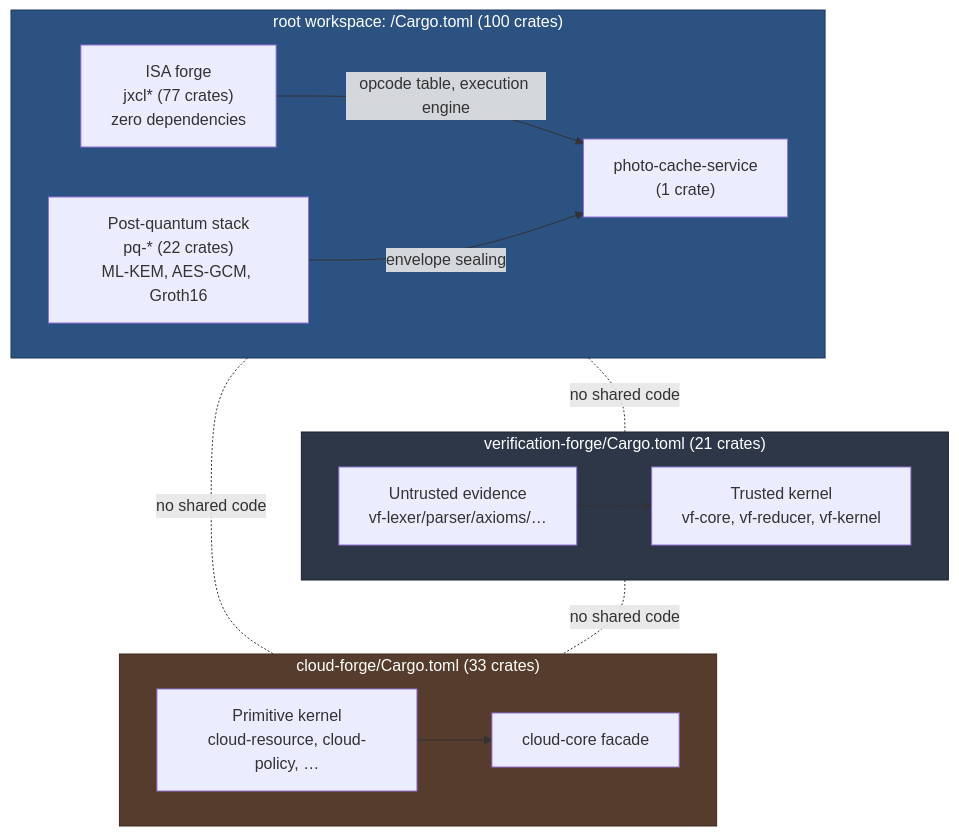
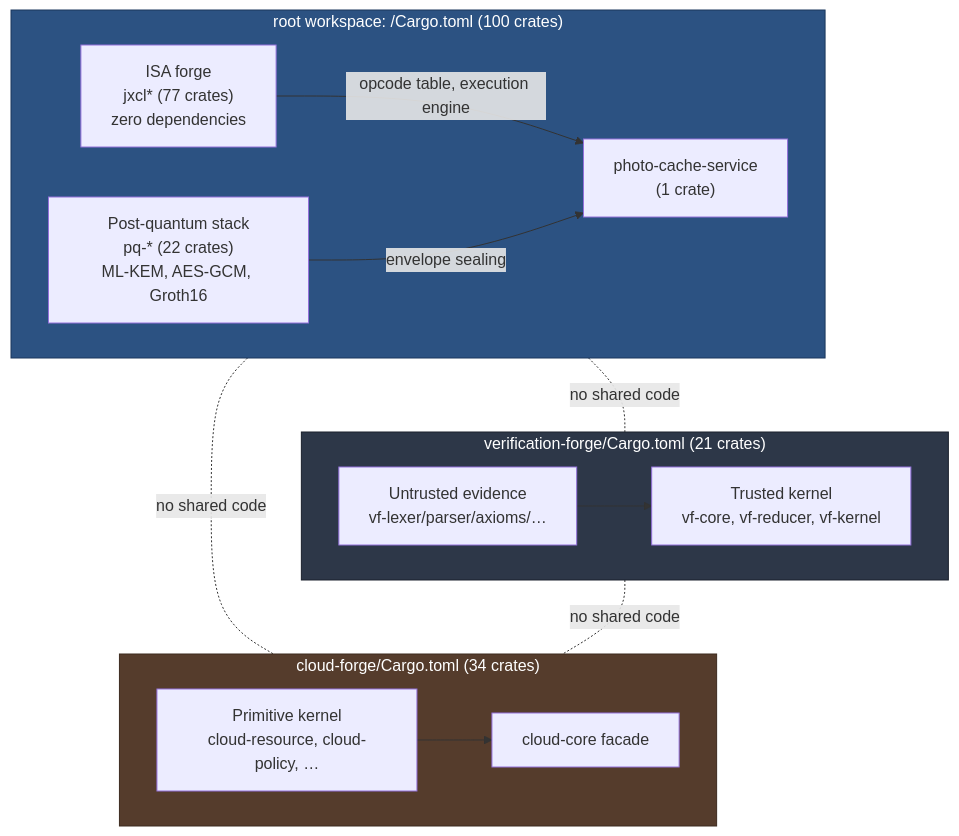
The first of 5 diagrams in README.md (SNAPKITTYAGENT9NOVA/tlm-jxcl-forge), drawn with Mermaid before and after one commit. The commit also changed other lines of this file and 5 other files, not shown here.

````diff
--- a/README.md
+++ b/README.md
@@ -69,33 +69,33 @@
 ```mermaid
 flowchart TB
     subgraph ROOT["root workspace: /Cargo.toml (100 crates)"]
         direction LR
         isa["ISA forge<br/>jxcl* (77 crates)<br/>zero dependencies"]
         pq["Post-quantum stack<br/>pq-* (22 crates)<br/>ML-KEM, AES-GCM, Groth16"]
         svc["photo-cache-service<br/>(1 crate)"]
         isa -->|opcode table, execution engine| svc
         pq -->|envelope sealing| svc
     end
 
     subgraph VF["verification-forge/Cargo.toml (21 crates)"]
         direction LR
         vfk["Trusted kernel<br/>vf-core, vf-reducer, vf-kernel"]
         vfe["Untrusted evidence<br/>vf-lexer/parser/axioms/…"]
         vfe --> vfk
     end
 
-    subgraph CF["cloud-forge/Cargo.toml (33 crates)"]
+    subgraph CF["cloud-forge/Cargo.toml (34 crates)"]
         direction LR
         cfk["Primitive kernel<br/>cloud-resource, cloud-policy, …"]
         cfc["cloud-core facade"]
         cfk --> cfc
     end
 
     ROOT -.no shared code.- VF
     ROOT -.no shared code.- CF
     VF -.no shared code.- CF
 
     style ROOT fill:#2c5282,color:#fff,stroke:#1a365d
     style VF fill:#2d3748,color:#fff,stroke:#1a202c
     style CF fill:#553c2c,color:#fff,stroke:#3d2b1f
 ```
````
